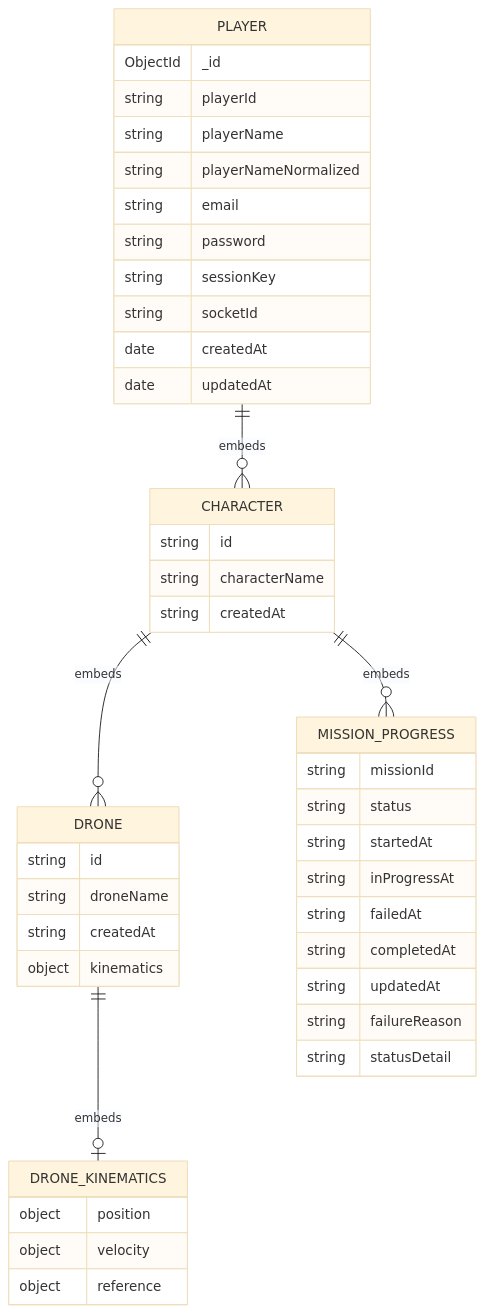
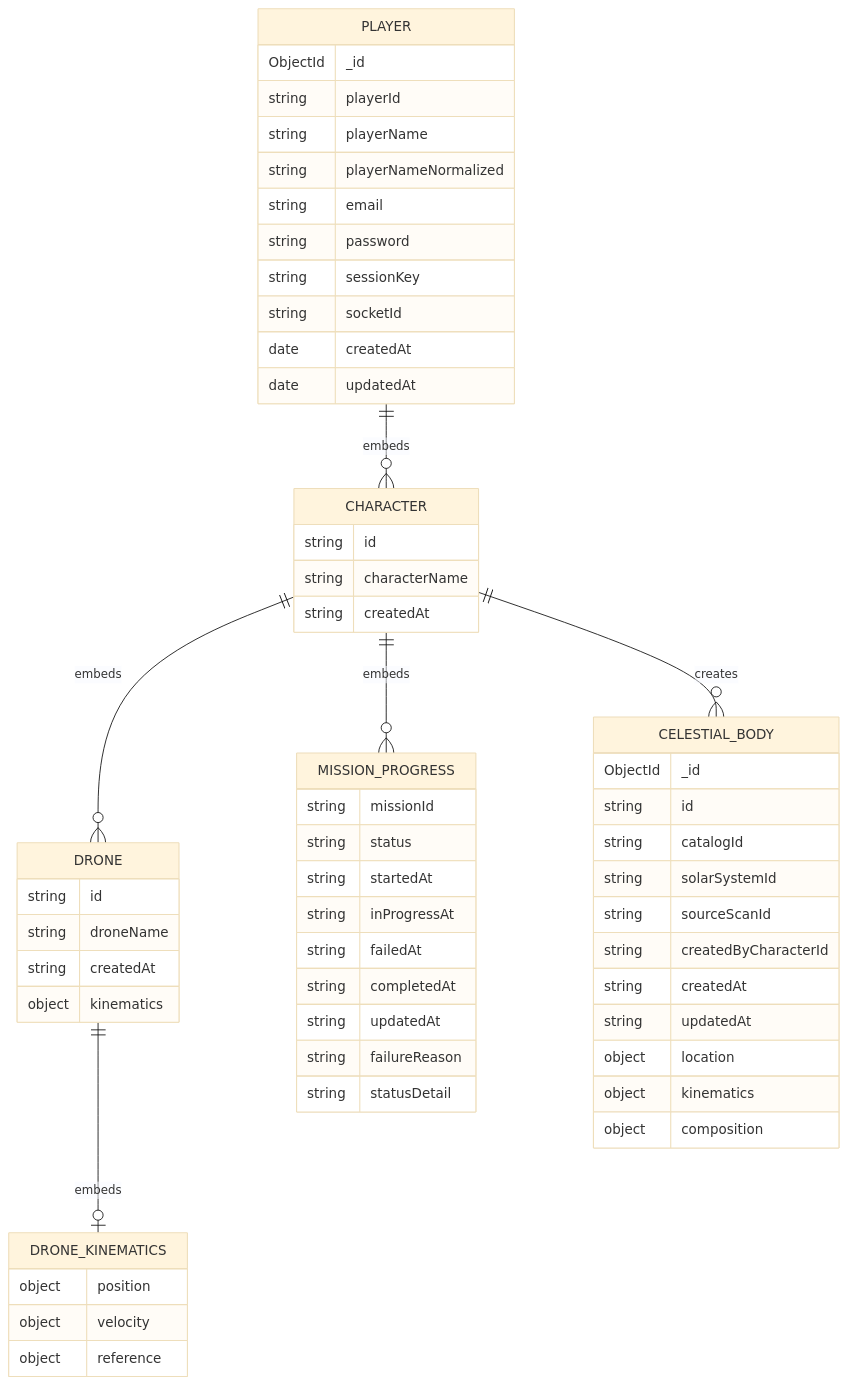
The diagram in MONGODB_SCHEMA.md (qagwaai/solid-train), drawn with Mermaid (base theme) before and after one commit. The commit also changed other lines of this file and 17 other files, not shown here.

````diff
--- a/MONGODB_SCHEMA.md
+++ b/MONGODB_SCHEMA.md
@@ -20,51 +22,66 @@
 ```mermaid
 erDiagram
   PLAYER ||--o{ CHARACTER : embeds
   CHARACTER ||--o{ DRONE : embeds
   CHARACTER ||--o{ MISSION_PROGRESS : embeds
+  CHARACTER ||--o{ CELESTIAL_BODY : creates
   DRONE ||--o| DRONE_KINEMATICS : embeds
 
   PLAYER {
     ObjectId _id
     string playerId
     string playerName
     string playerNameNormalized
     string email
     string password
     string sessionKey
     string socketId
     date createdAt
     date updatedAt
   }
 
   CHARACTER {
     string id
     string characterName
     string createdAt
   }
 
   MISSION_PROGRESS {
     string missionId
     string status
     string startedAt
     string inProgressAt
     string failedAt
     string completedAt
     string updatedAt
     string failureReason
     string statusDetail
   }
 
   DRONE {
     string id
     string droneName
     string createdAt
     object kinematics
   }
 
   DRONE_KINEMATICS {
     object position
     object velocity
     object reference
   }
+
+  CELESTIAL_BODY {
+    ObjectId _id
+    string id
+    string catalogId
+    string solarSystemId
+    string sourceScanId
+    string createdByCharacterId
+    string createdAt
+    string updatedAt
+    object location
+    object kinematics
+    object composition
+  }
 ```
````
